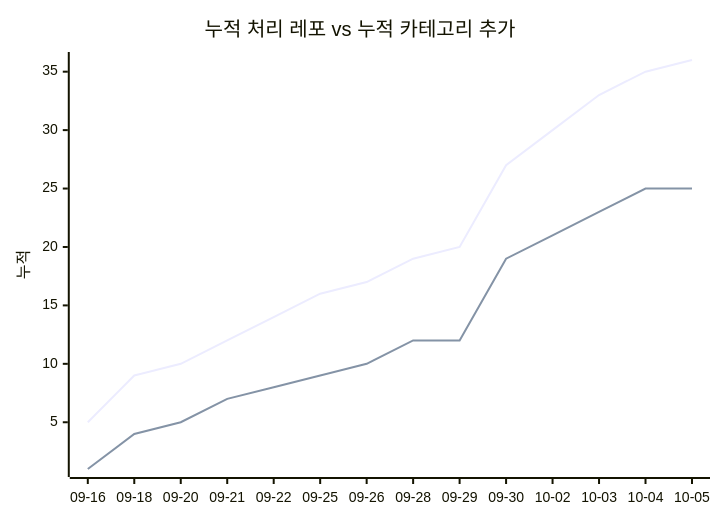
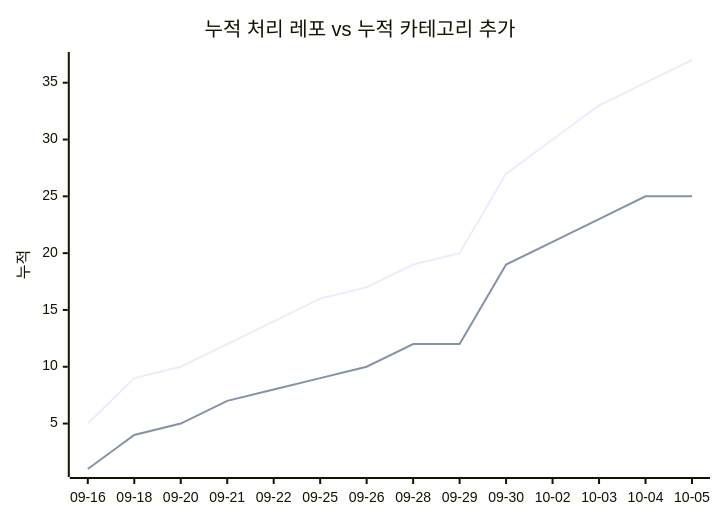
Before and after one commit to J-nowcow/awesome-korean-agent-skills: the second of 2 diagrams in docs/trends.md, drawn with Mermaid. The commit also changed other lines of this file and 2 other files, not shown here.

````diff
--- a/docs/trends.md
+++ b/docs/trends.md
@@ -68,8 +68,8 @@
 ```mermaid
 xychart-beta
     title "누적 처리 레포 vs 누적 카테고리 추가"
     x-axis ["09-16","09-18","09-20","09-21","09-22","09-25","09-26","09-28","09-29","09-30","10-02","10-03","10-04","10-05"]
     y-axis "누적"
-    line [5,9,10,12,14,16,17,19,20,27,30,33,35,36]
+    line [5,9,10,12,14,16,17,19,20,27,30,33,35,37]
     line [1,4,5,7,8,9,10,12,12,19,21,23,25,25]
 ```
````
